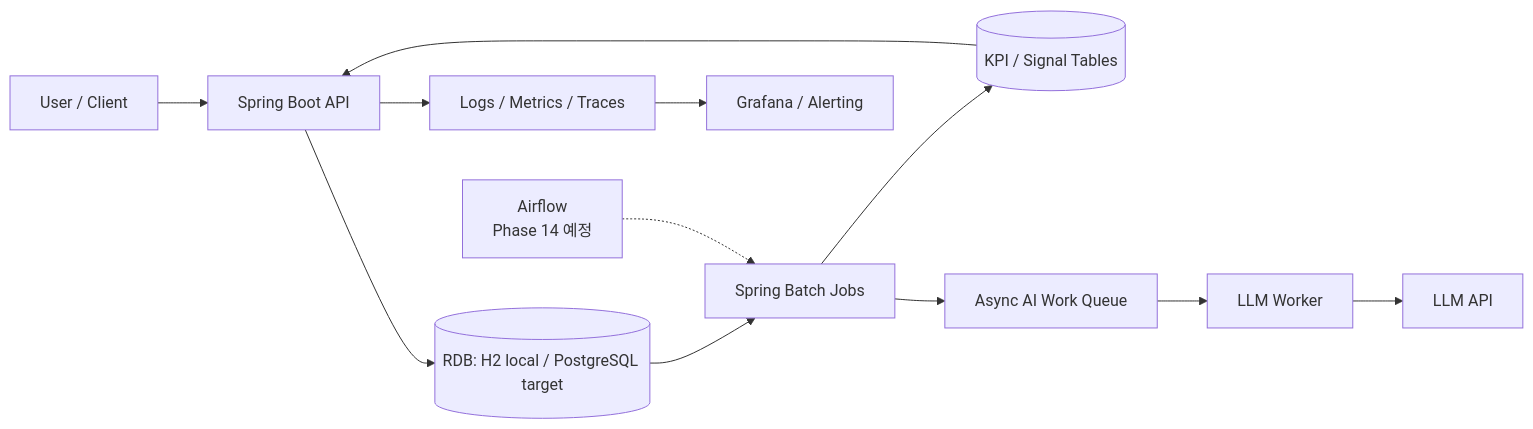
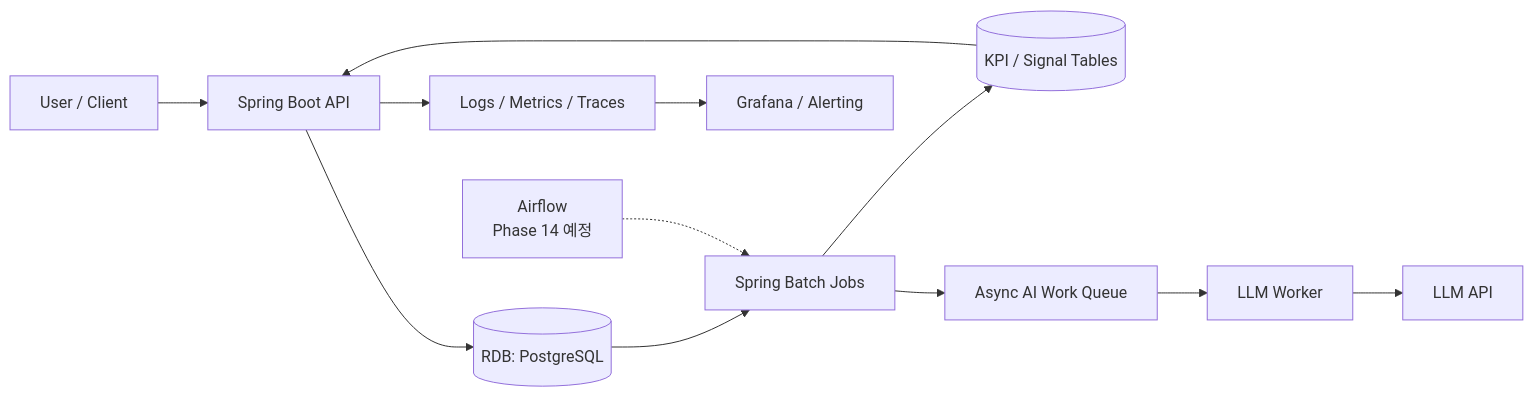
The diagram in docs/ARCHITECTURE_OVERVIEW.md (Scriptorium-Bright/focus-keeper-backend), drawn with Mermaid before and after one commit. The commit also changed other lines of this file and 15 other files, not shown here.

````diff
--- a/docs/ARCHITECTURE_OVERVIEW.md
+++ b/docs/ARCHITECTURE_OVERVIEW.md
@@ -27,14 +27,14 @@
 ```mermaid
 flowchart LR
   U[User / Client] --> API[Spring Boot API]
-  API --> DB[(RDB: H2 local / PostgreSQL target)]
+  API --> DB[(RDB: PostgreSQL)]
   API --> OBS[Logs / Metrics / Traces]
   DB --> BATCH[Spring Batch Jobs]
   BATCH --> MART[(KPI / Signal Tables)]
   AF[Airflow<br/>Phase 14 예정] -.-> BATCH
   MART --> API
   BATCH --> AIQ[Async AI Work Queue]
   AIQ --> AI[LLM Worker]
   AI --> LLM[LLM API]
   OBS --> GRAF[Grafana / Alerting]
 ```
````
